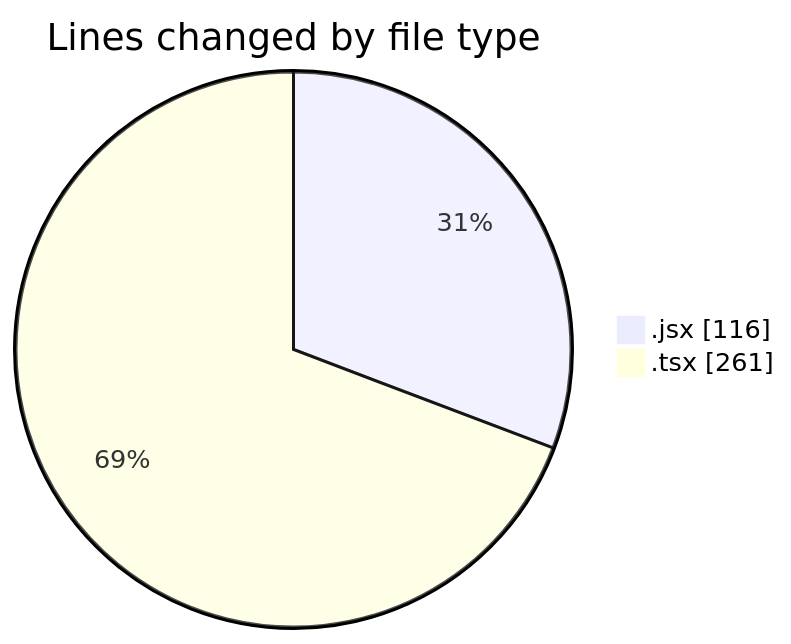
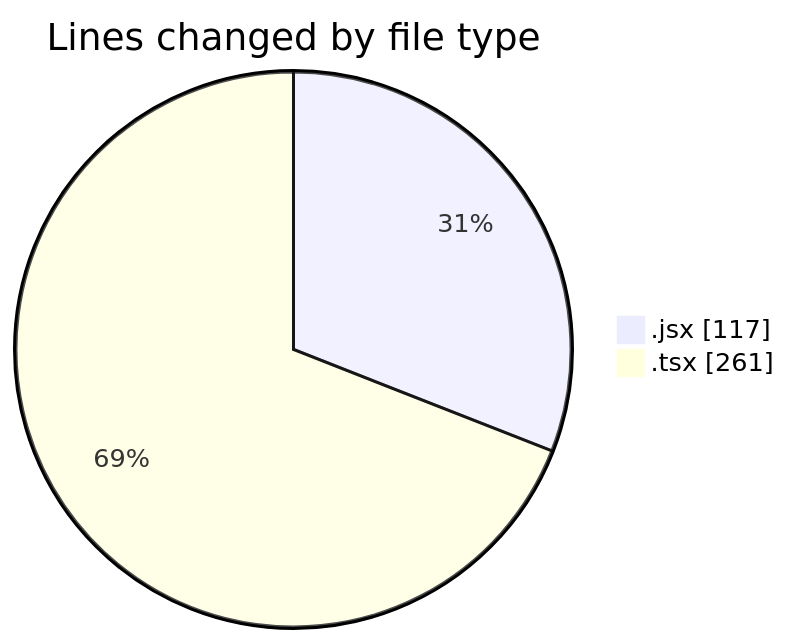
Before and after one commit to momahboobian/code-tracking: the first of 2 diagrams in 2026-02-11/cda/README.md, drawn with Mermaid. The commit also changed other lines of this file and 1 other file, not shown here.

````diff
--- a/2026-02-11/cda/README.md
+++ b/2026-02-11/cda/README.md
@@ -22,6 +22,6 @@
 ```mermaid
 pie showData
 title Lines changed by file type
-".jsx" : 116
+".jsx" : 117
 ".tsx" : 261
 ```
````
